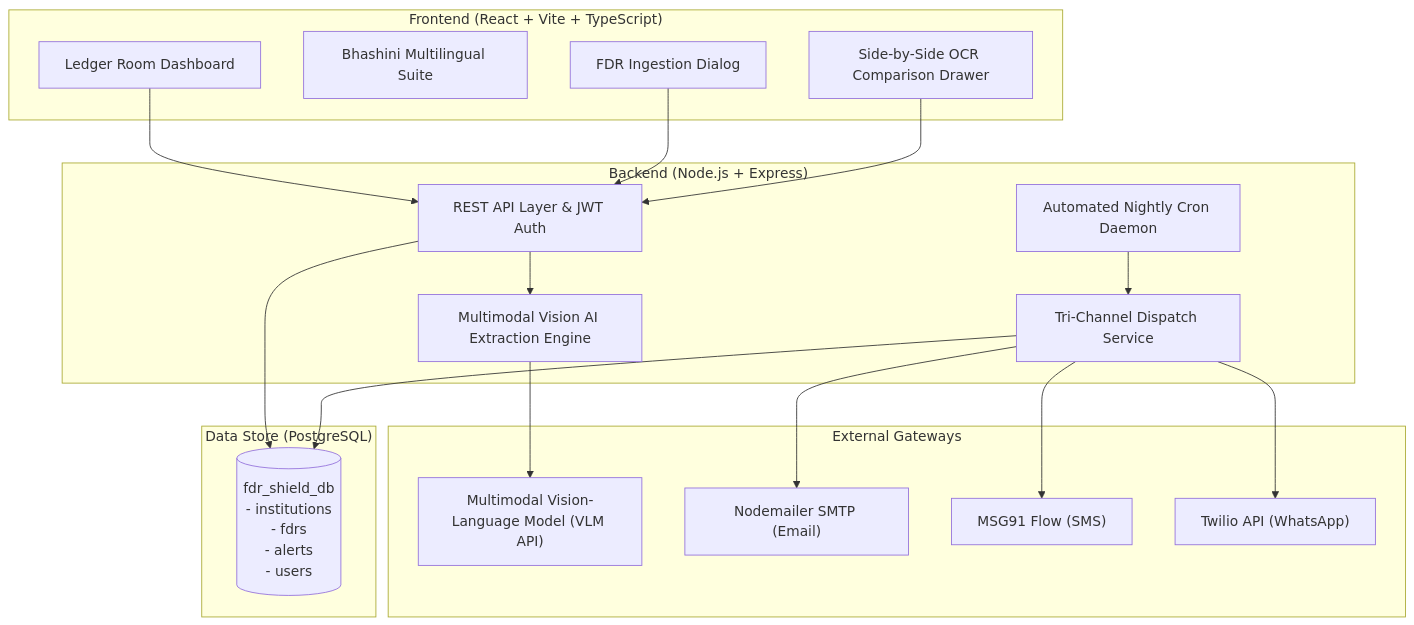
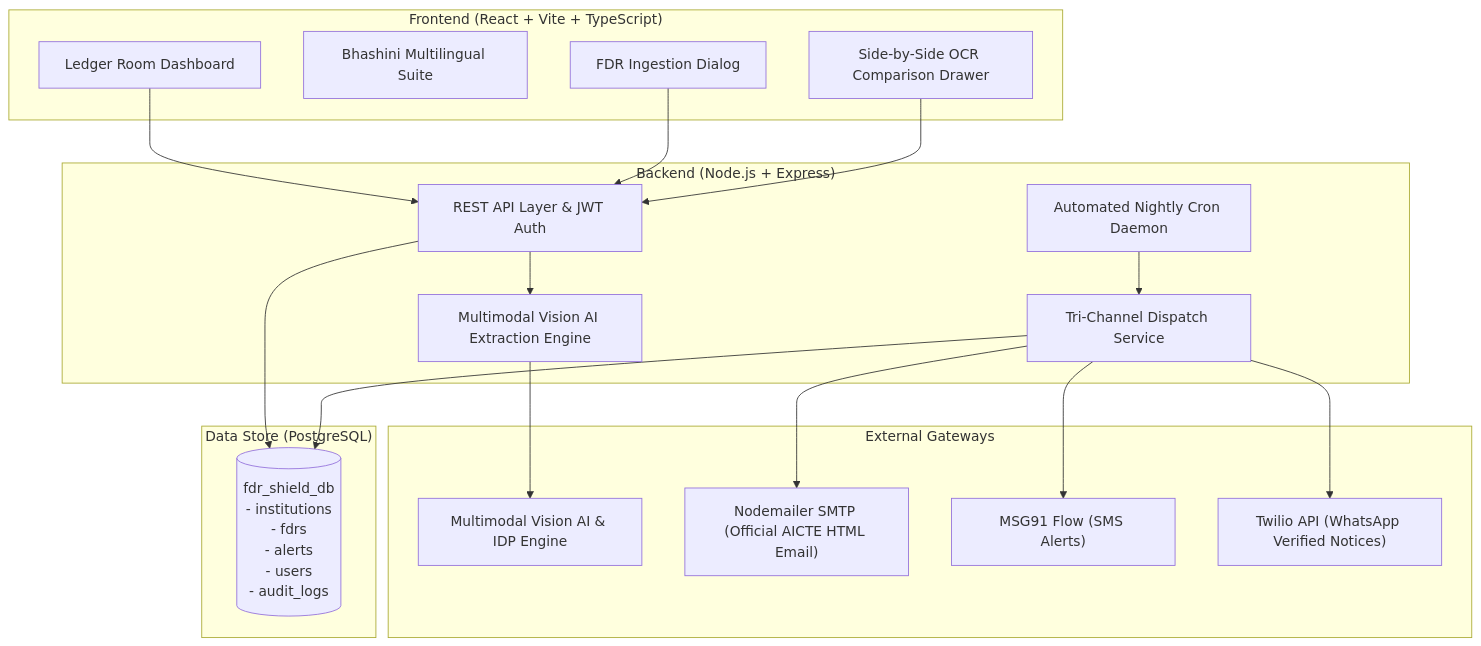
One commit to Code-Breaker-Ctrl/fdr-shield changed the diagram in README.md. Above: the diagram before and after it, drawn with Mermaid. The commit also changed other lines of this file and 2 other files, not shown here.

````diff
--- a/README.md
+++ b/README.md
@@ -68,39 +89,39 @@
 ```mermaid
 flowchart TD
     subgraph Frontend ["Frontend (React + Vite + TypeScript)"]
         UI["Ledger Room Dashboard"]
         Lang["Bhashini Multilingual Suite"]
         Drawer["Side-by-Side OCR Comparison Drawer"]
         Modal["FDR Ingestion Dialog"]
     end
 
     subgraph Backend ["Backend (Node.js + Express)"]
         API["REST API Layer & JWT Auth"]
         OCR["Multimodal Vision AI Extraction Engine"]
         Cron["Automated Nightly Cron Daemon"]
         Alerts["Tri-Channel Dispatch Service"]
     end
 
-    subgraph ThirdParty ["External Gateways"]
-        VLM["Multimodal Vision-Language Model (VLM API)"]
-        SMTP["Nodemailer SMTP (Email)"]
-        SMS["MSG91 Flow (SMS)"]
-        WA["Twilio API (WhatsApp)"]
+    subgraph ExternalGateways ["External Gateways"]
+        VLM["Multimodal Vision AI & IDP Engine"]
+        SMTP["Nodemailer SMTP (Official AICTE HTML Email)"]
+        SMS["MSG91 Flow (SMS Alerts)"]
+        WA["Twilio API (WhatsApp Verified Notices)"]
     end
 
     subgraph Database ["Data Store (PostgreSQL)"]
-        DB[("fdr_shield_db<br/>- institutions<br/>- fdrs<br/>- alerts<br/>- users")]
+        DB[("fdr_shield_db<br/>- institutions<br/>- fdrs<br/>- alerts<br/>- users<br/>- audit_logs")]
     end
 
     UI --> API
     Modal --> API
     Drawer --> API
     API --> DB
     API --> OCR
     OCR --> VLM
     Cron --> Alerts
     Alerts --> SMTP
     Alerts --> SMS
     Alerts --> WA
     Alerts --> DB
 ```
````
